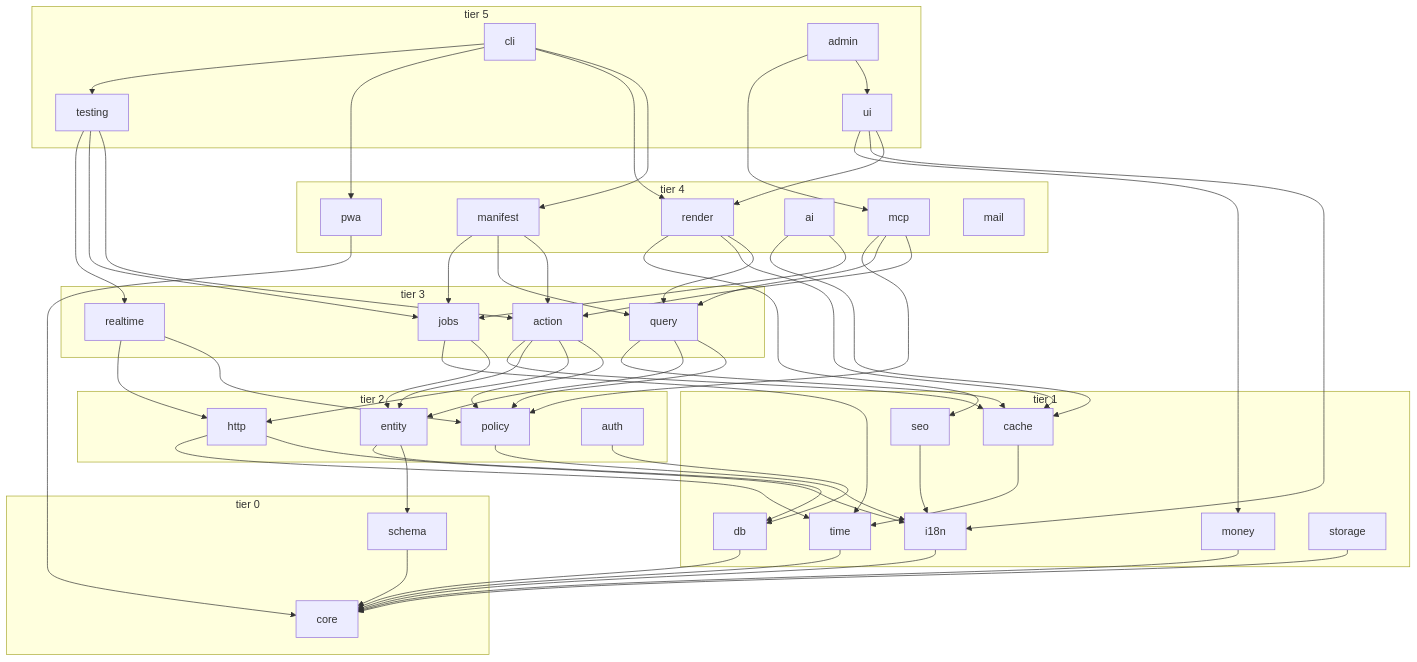
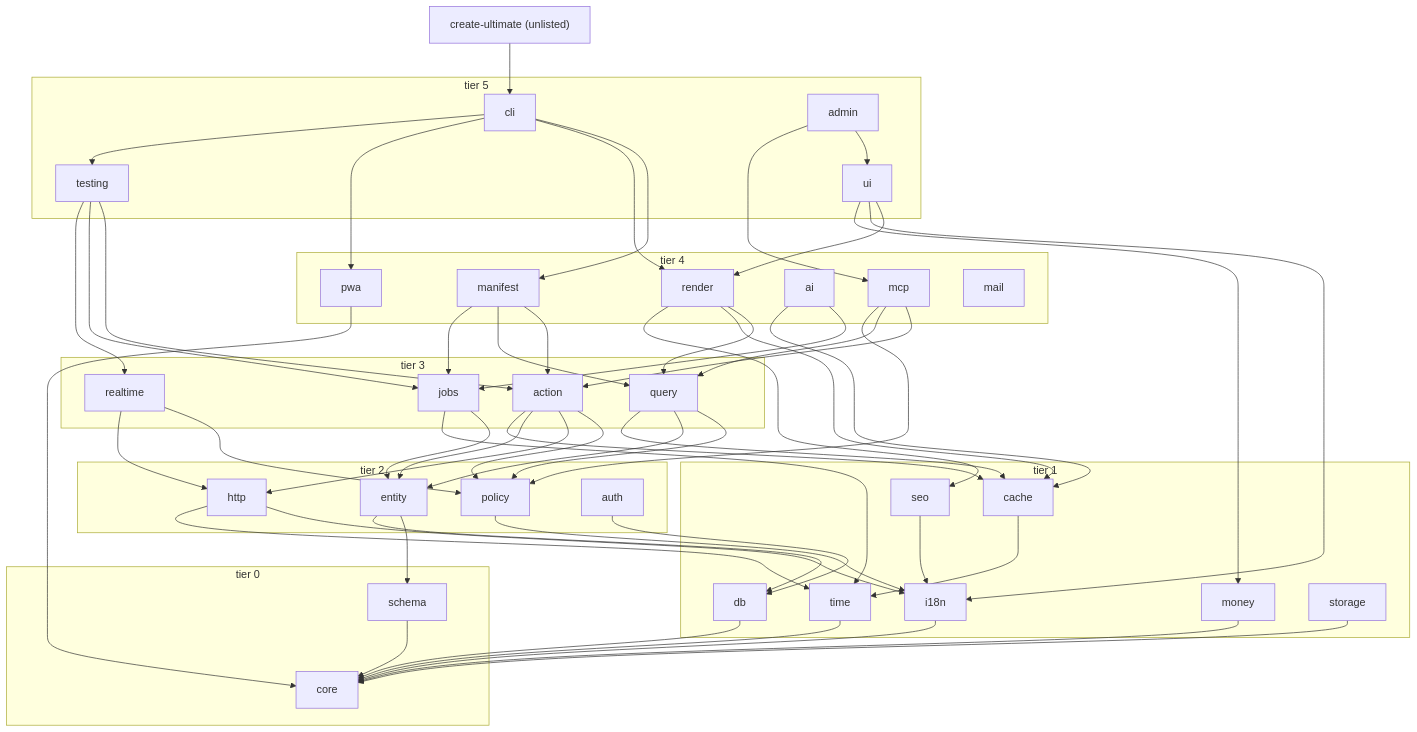
The diagram in docs/architecture/01-package-map.md (developerz-ai/ultimate), drawn with Mermaid before and after one commit. The commit also changed other lines of this file and 140 other files, not shown here.

````diff
--- a/docs/architecture/01-package-map.md
+++ b/docs/architecture/01-package-map.md
@@ -78,75 +79,78 @@
 ```mermaid
 graph TD
+  create-ultimate["create-ultimate (unlisted)"]
   subgraph T5["tier 5"]
     cli; testing; admin; ui
   end
   subgraph T4["tier 4"]
     render; pwa; mcp; ai; manifest; mail
   end
   subgraph T3["tier 3"]
     action; query; jobs; realtime
   end
   subgraph T2["tier 2"]
     entity; policy; http; auth
   end
   subgraph T1["tier 1"]
     i18n; money; time; cache; seo; db; storage
   end
   subgraph T0["tier 0"]
     core; schema
   end
+
+  create-ultimate --> cli
 
   cli --> manifest
   cli --> render
   cli --> pwa
   cli --> testing
   testing --> action
   testing --> jobs
   testing --> realtime
   admin --> ui
   admin --> mcp
   ui --> render
   ui --> i18n
   ui --> money
 
   render --> query
   render --> cache
   render --> seo
   pwa --> core
   mcp --> action
   mcp --> query
   mcp --> policy
   ai --> jobs
   ai --> cache
   manifest --> action
   manifest --> query
   manifest --> jobs
 
   action --> policy
   action --> http
   action --> entity
   action --> cache
   query --> policy
   query --> entity
   query --> cache
   jobs --> entity
   jobs --> time
   realtime --> policy
   realtime --> http
 
   entity --> schema
   entity --> db
   auth --> db
   db --> core
   storage --> core
   policy --> i18n
   http --> i18n
   http --> time
   cache --> time
   seo --> i18n
 
   i18n --> core
   money --> core
   time --> core
   schema --> core
 ```
````
